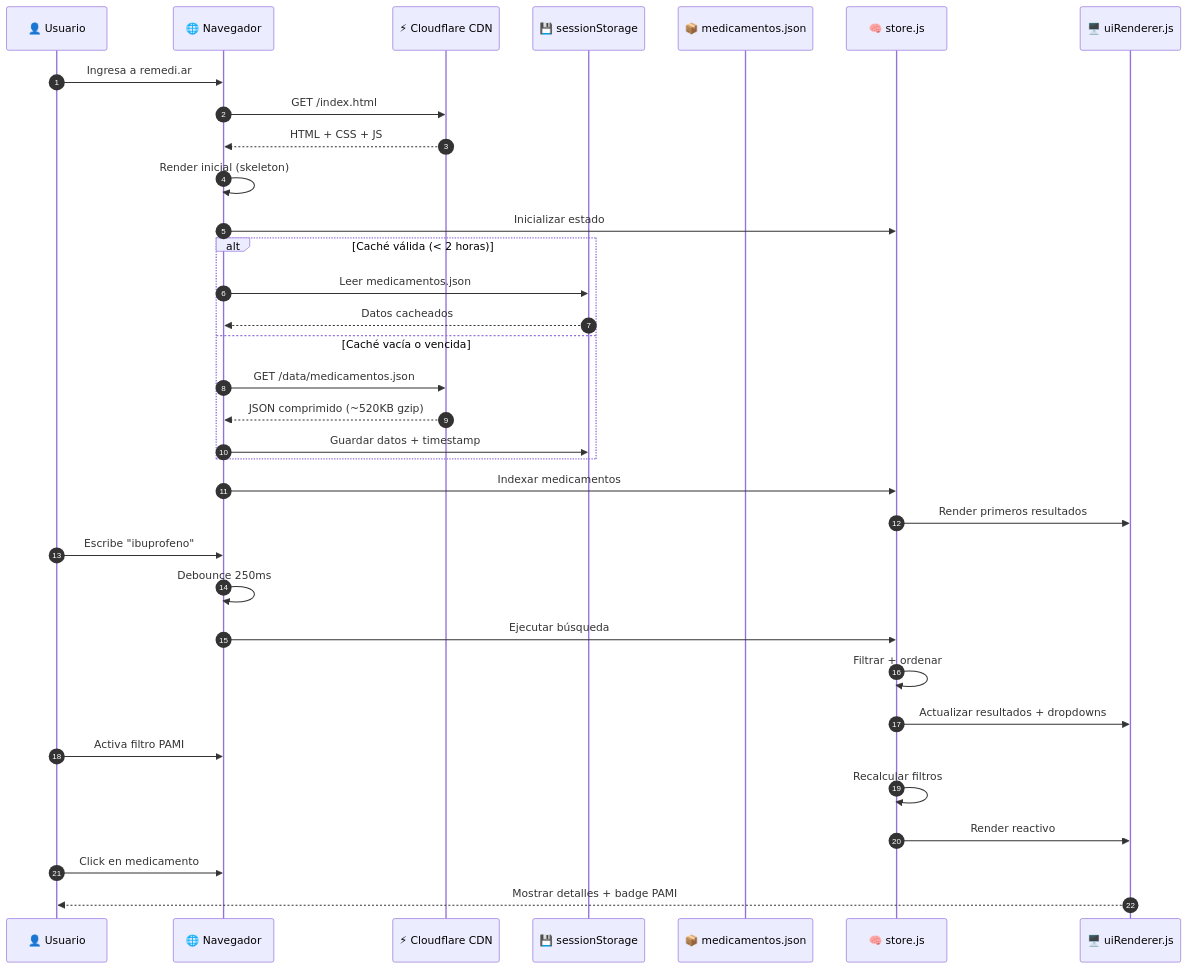
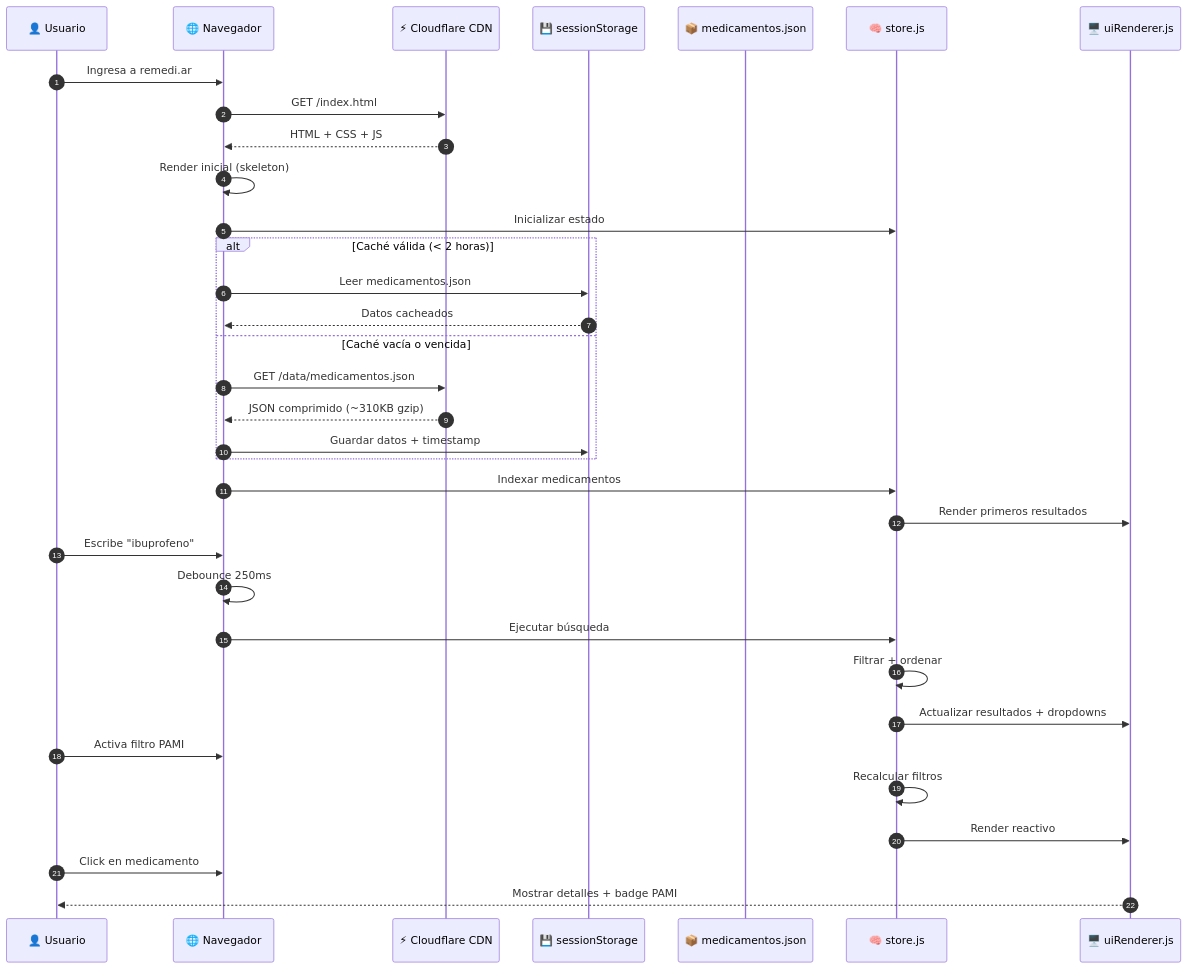
One commit to psbella/remediar changed the first of 10 diagrams in README.md. Above: the diagram before and after it, drawn with Mermaid. The commit also changed other lines of this file and 1 other file, not shown here.

````diff
--- a/README.md
+++ b/README.md
@@ -194,47 +204,47 @@
 ```mermaid
 sequenceDiagram
     autonumber
 
     participant U as 👤 Usuario
     participant B as 🌐 Navegador
     participant CDN as ⚡ Cloudflare CDN
     participant CACHE as 💾 sessionStorage
     participant JSON as 📦 medicamentos.json
     participant STORE as 🧠 store.js
     participant UI as 🖥️ uiRenderer.js
 
     U->>B: Ingresa a remedi.ar
 
     B->>CDN: GET /index.html
     CDN-->>B: HTML + CSS + JS
 
     B->>B: Render inicial (skeleton)
     B->>STORE: Inicializar estado
 
     alt Caché válida (< 2 horas)
         B->>CACHE: Leer medicamentos.json
         CACHE-->>B: Datos cacheados
     else Caché vacía o vencida
         B->>CDN: GET /data/medicamentos.json
-        CDN-->>B: JSON comprimido (~520KB gzip)
+        CDN-->>B: JSON comprimido (~310KB gzip)
         B->>CACHE: Guardar datos + timestamp
     end
 
     B->>STORE: Indexar medicamentos
     STORE->>UI: Render primeros resultados
 
     U->>B: Escribe "ibuprofeno"
 
     B->>B: Debounce 250ms
     B->>STORE: Ejecutar búsqueda
 
     STORE->>STORE: Filtrar + ordenar
     STORE->>UI: Actualizar resultados + dropdowns
 
     U->>B: Activa filtro PAMI
     STORE->>STORE: Recalcular filtros
     STORE->>UI: Render reactivo
 
     U->>B: Click en medicamento
     UI-->>U: Mostrar detalles + badge PAMI
 ```
````
